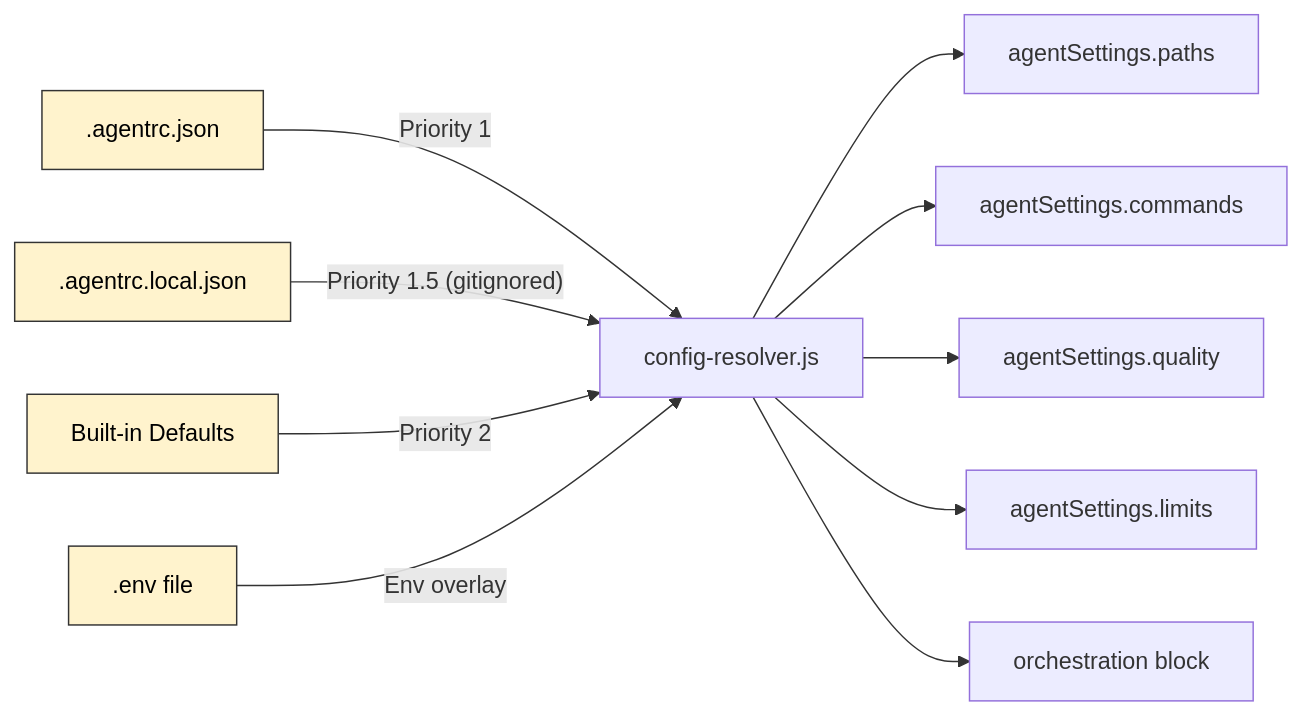
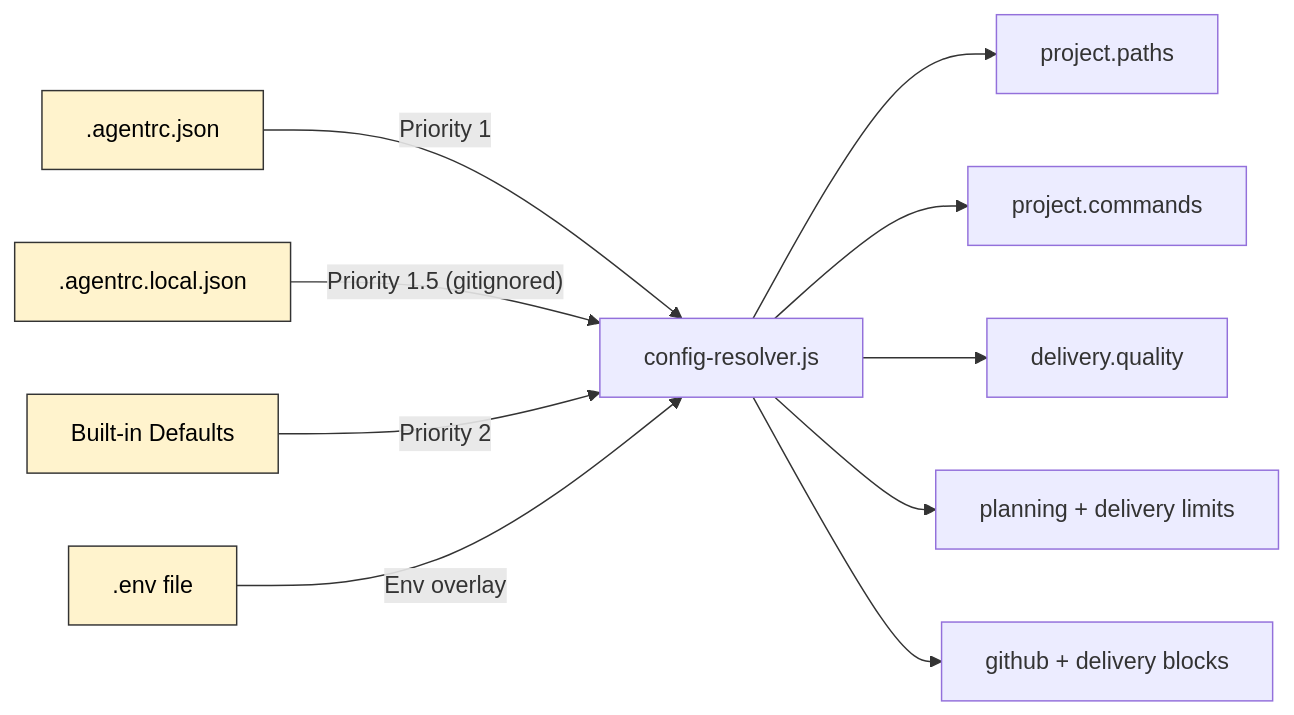
One commit to dsj1984/mandrel changed the fifth of 7 diagrams in docs/architecture.md. Above: the diagram before and after it, drawn with Mermaid. The commit also changed other lines of this file and 203 other files, not shown here.

````diff
--- a/docs/architecture.md
+++ b/docs/architecture.md
@@ -455,14 +457,14 @@
 ```mermaid
 graph LR
     classDef cfg fill:#fff3cd,stroke:#333,color:#000
 
     A[".agentrc.json"]:::cfg -->|"Priority 1"| R["config-resolver.js"]
     L[".agentrc.local.json"]:::cfg -->|"Priority 1.5 (gitignored)"| R
     B["Built-in Defaults"]:::cfg -->|"Priority 2"| R
     C[".env file"]:::cfg -->|"Env overlay"| R
-    R --> P["agentSettings.paths"]
-    R --> CMD["agentSettings.commands"]
-    R --> Q["agentSettings.quality"]
-    R --> LM["agentSettings.limits"]
-    R --> O["orchestration block"]
+    R --> P["project.paths"]
+    R --> CMD["project.commands"]
+    R --> Q["delivery.quality"]
+    R --> LM["planning + delivery limits"]
+    R --> O["github + delivery blocks"]
 ```
````
